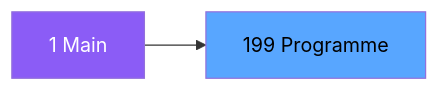
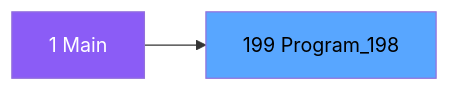
Before and after one commit to thonyAGP/magic-migration: the second of 3 diagrams in .openspec/specs/ADH-IDE-199.md, drawn with Mermaid. The commit also changed other lines of this file and 323 other files, not shown here.

````diff
--- a/.openspec/specs/ADH-IDE-199.md
+++ b/.openspec/specs/ADH-IDE-199.md
@@ -98,8 +105,8 @@
 ```mermaid
 graph LR
     M[1 Main]
-    T[199 Programme]
+    T[199 Program_198]
     M --> T
     style M fill:#8b5cf6,color:#fff
     style T fill:#58a6ff,color:#000
 ```
````
